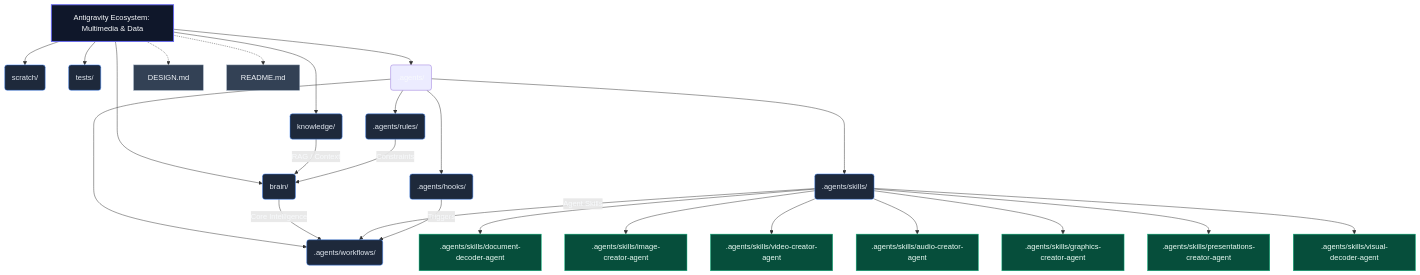
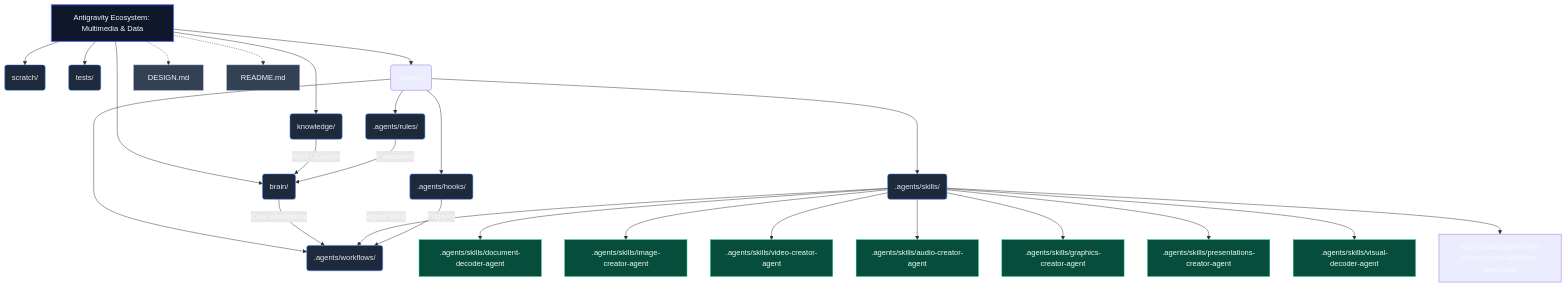
One commit to Nomackleo/agents-factory changed the diagram in agents-factory/multimedia-data-ecosystem/README.md. Above: the diagram before and after it, drawn with Mermaid. The commit also changed other lines of this file and 57 other files, not shown here.

````diff
--- a/agents-factory/multimedia-data-ecosystem/README.md
+++ b/agents-factory/multimedia-data-ecosystem/README.md
@@ -14,49 +14,50 @@
 ```mermaid
 graph TD
     %% Core Nodes
     A[Antigravity Ecosystem: Multimedia & Data]
     
     %% Folders
     A --> B(brain/)
     A --> E(knowledge/)
     A --> H(scratch/)
     A --> I(tests/)
     
     %% Encapsulated Logic
     A --> AG(.agents/)
     AG --> C(.agents/hooks/)
     AG --> F(.agents/skills/)
     AG --> G(.agents/rules/)
     AG --> J(.agents/workflows/)
     
     %% Documents
     A -.-> K[DESIGN.md]
     A -.-> L[README.md]
 
     %% Dependencies
     B -->|Core Intelligence| J
     F -->|Agent Skills| J
     E -->|RAG / Context| B
     G -->|Constraints| B
     C -->|Triggers| J
     
     %% Skills breakdown
     F --> F1[.agents/skills/document-decoder-agent]
     F --> F2[.agents/skills/image-creator-agent]
     F --> F3[.agents/skills/video-creator-agent]
     F --> F4[.agents/skills/audio-creator-agent]
     F --> F5[.agents/skills/graphics-creator-agent]
     F --> F6[.agents/skills/presentations-creator-agent]
     F --> F7[.agents/skills/visual-decoder-agent]
+    F --> F8[.agents/skills/generative-prompt-cross-attention-specialist]
 
     %% Styling
     classDef root fill:#0F172A,stroke:#6366F1,stroke-width:2px,color:#F8FAFC
     classDef folder fill:#1E293B,stroke:#3B82F6,stroke-width:1px,color:#E2E8F0
     classDef asset fill:#334155,stroke:#94A3B8,stroke-width:1px,color:#F1F5F9
     classDef plugin fill:#064E3B,stroke:#10B981,stroke-width:1px,color:#ECFDF5
     
     class A root
     class B,C,D,E,F,G,H,I,J folder
     class K,L asset
     class F1,F2,F3,F4,F5,F6,F7 plugin
 ```
````
